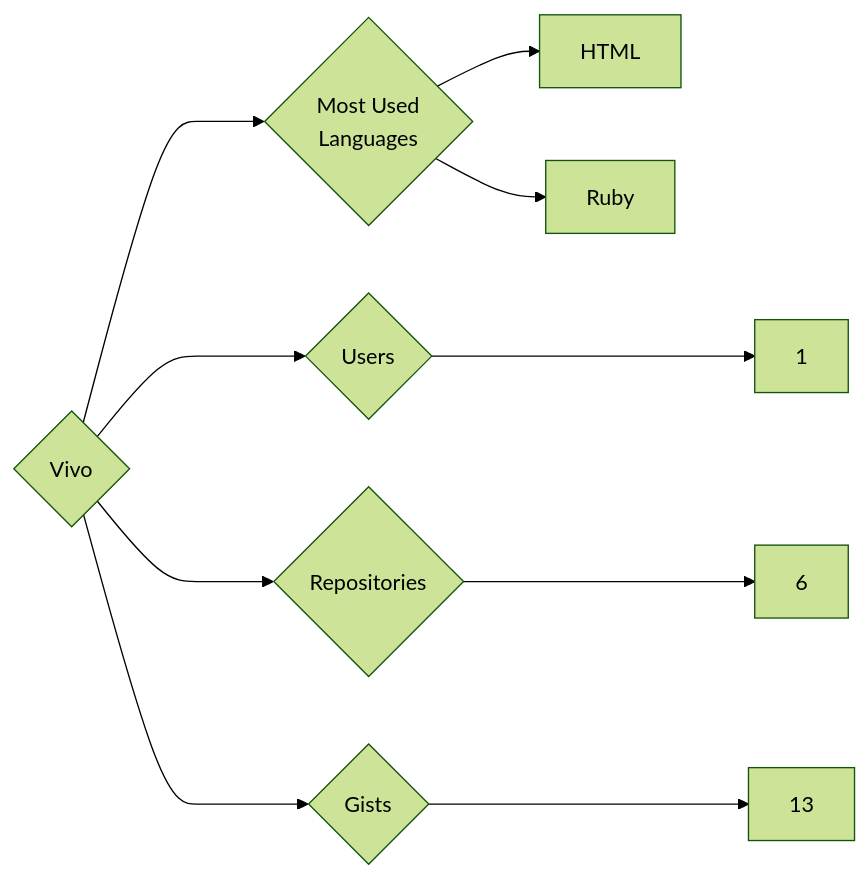
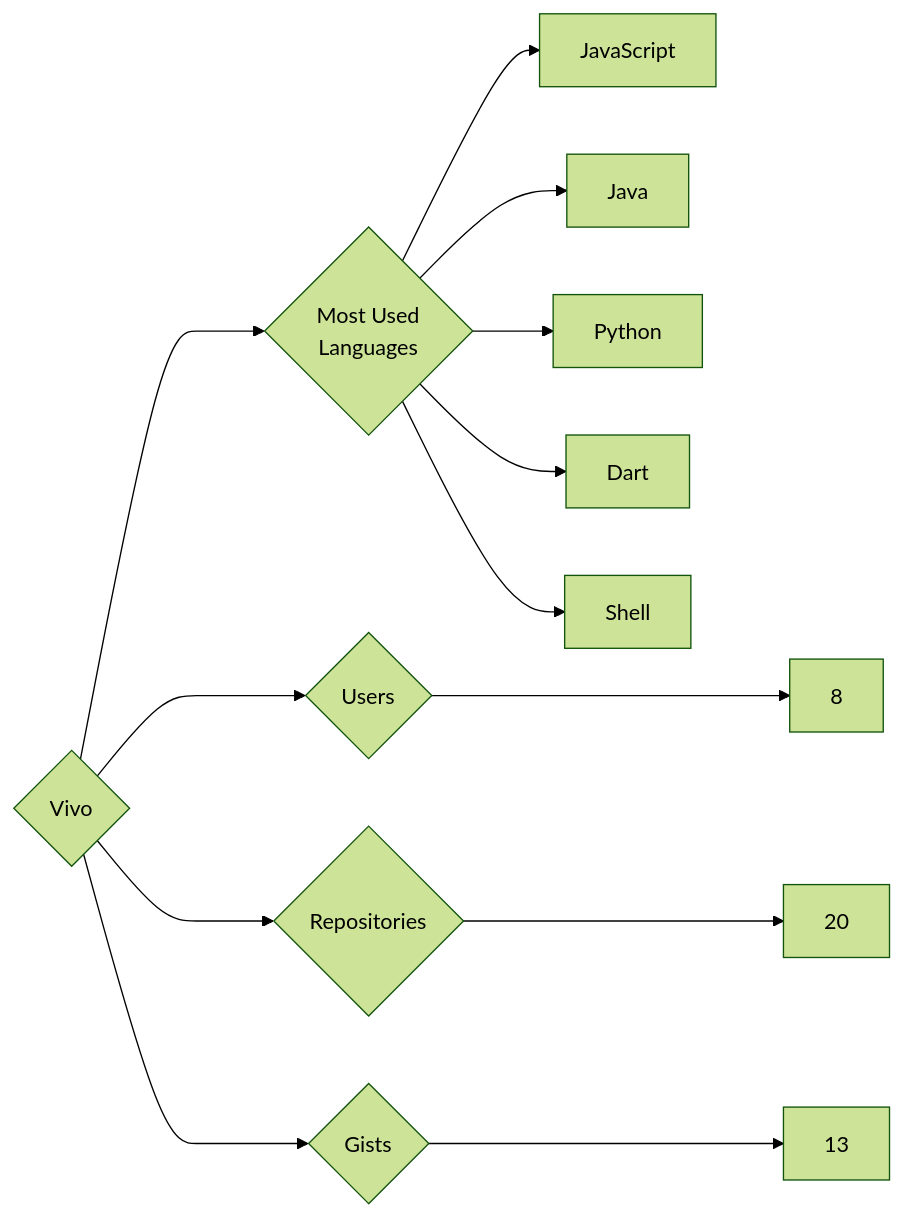
The diagram in targets/Vivo/README.md (trickest/insiders), drawn with Mermaid (forest theme) before and after one commit. The commit also changed 715 other files, not shown here.

````diff
--- a/targets/Vivo/README.md
+++ b/targets/Vivo/README.md
@@ -3,10 +3,13 @@
 ```mermaid
 graph LR
 COMPANY_NAME{Vivo}
-COMPANY_NAME ---> U{Users} ---> UN[1]
-COMPANY_NAME ---> R{Repositories} ---> RN[6]
+COMPANY_NAME ---> U{Users} ---> UN[8]
+COMPANY_NAME ---> R{Repositories} ---> RN[20]
 COMPANY_NAME ---> G{Gists} ---> GN[13]
 COMPANY_NAME ---> ML{Most Used<br>Languages}
-ML --> HTML[HTML]
-ML --> Ruby[Ruby]
+ML --> JavaScript[JavaScript]
+ML --> Java[Java]
+ML --> Python[Python]
+ML --> Dart[Dart]
+ML --> Shell[Shell]
 ```
````
